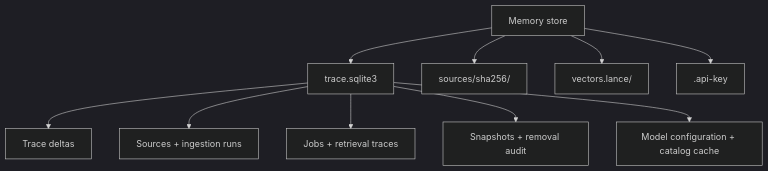
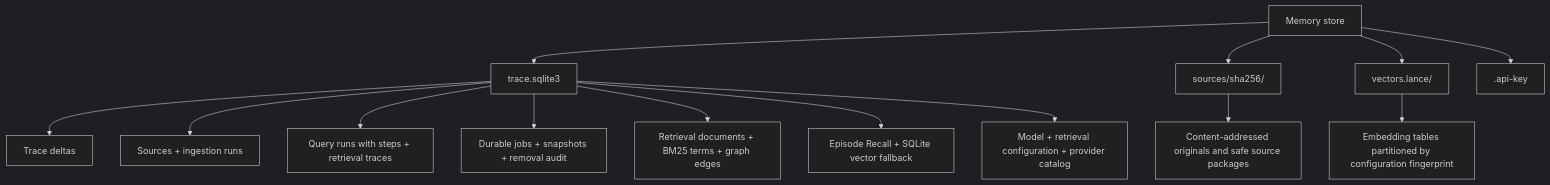
Diagram 12 of 12 in docs/architecture.md (shanmukh05/trisynapse-memory), drawn with Mermaid (dark theme) before and after one commit. The commit also changed other lines of this file and 76 other files, not shown here.

````diff
--- a/docs/architecture.md
+++ b/docs/architecture.md
@@ -312,12 +581,16 @@
 ```mermaid
 flowchart TD
     ROOT["Memory store"] --> DB["trace.sqlite3"]
     ROOT --> SRC["sources/sha256/"]
     ROOT --> VC["vectors.lance/"]
     ROOT --> KEY[".api-key"]
     DB --> D["Trace deltas"]
     DB --> M["Sources + ingestion runs"]
-    DB --> J["Jobs + retrieval traces"]
-    DB --> A["Snapshots + removal audit"]
-    DB --> CFG["Model configuration + catalog cache"]
+    DB --> Q["Query runs with steps + retrieval traces"]
+    DB --> J["Durable jobs + snapshots + removal audit"]
+    DB --> R["Retrieval documents + BM25 terms + graph edges"]
+    DB --> RC["Episode Recall + SQLite vector fallback"]
+    DB --> CFG["Model + retrieval configuration + provider catalog"]
+    SRC --> O["Content-addressed originals and safe source packages"]
+    VC --> V["Embedding tables partitioned by configuration fingerprint"]
 ```
````
